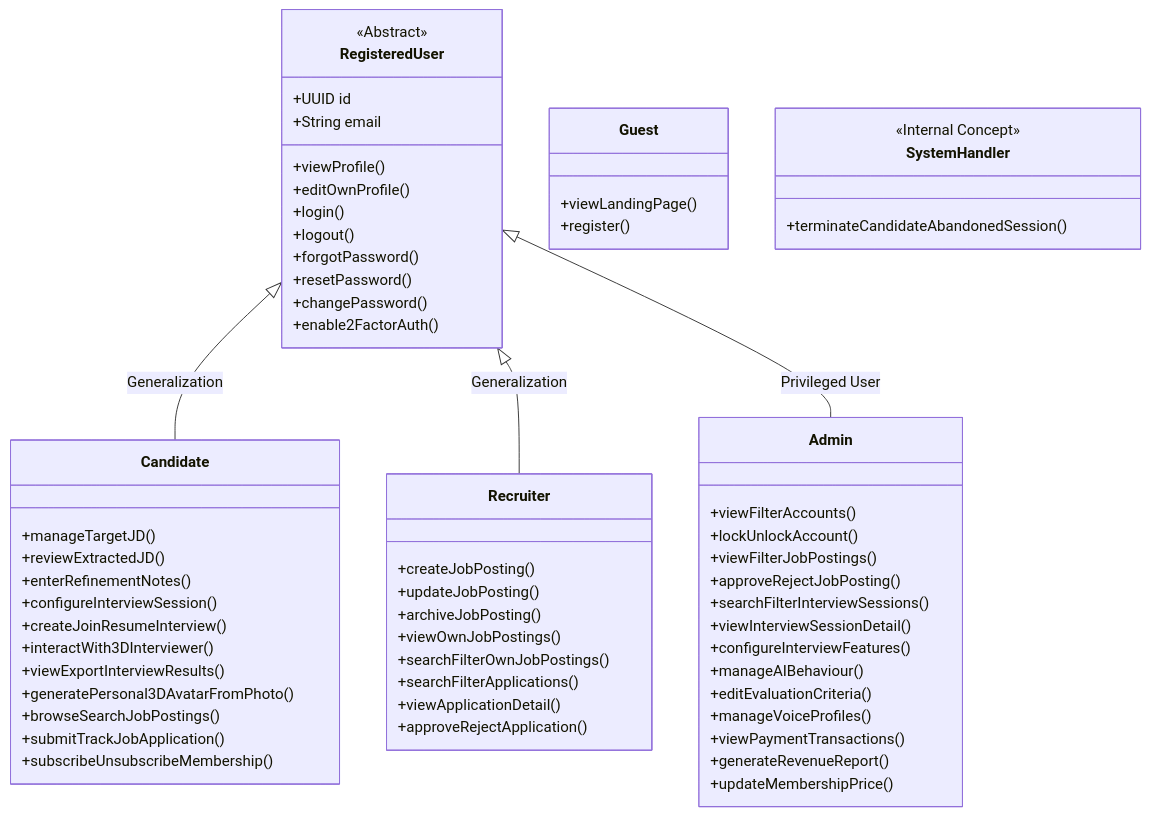
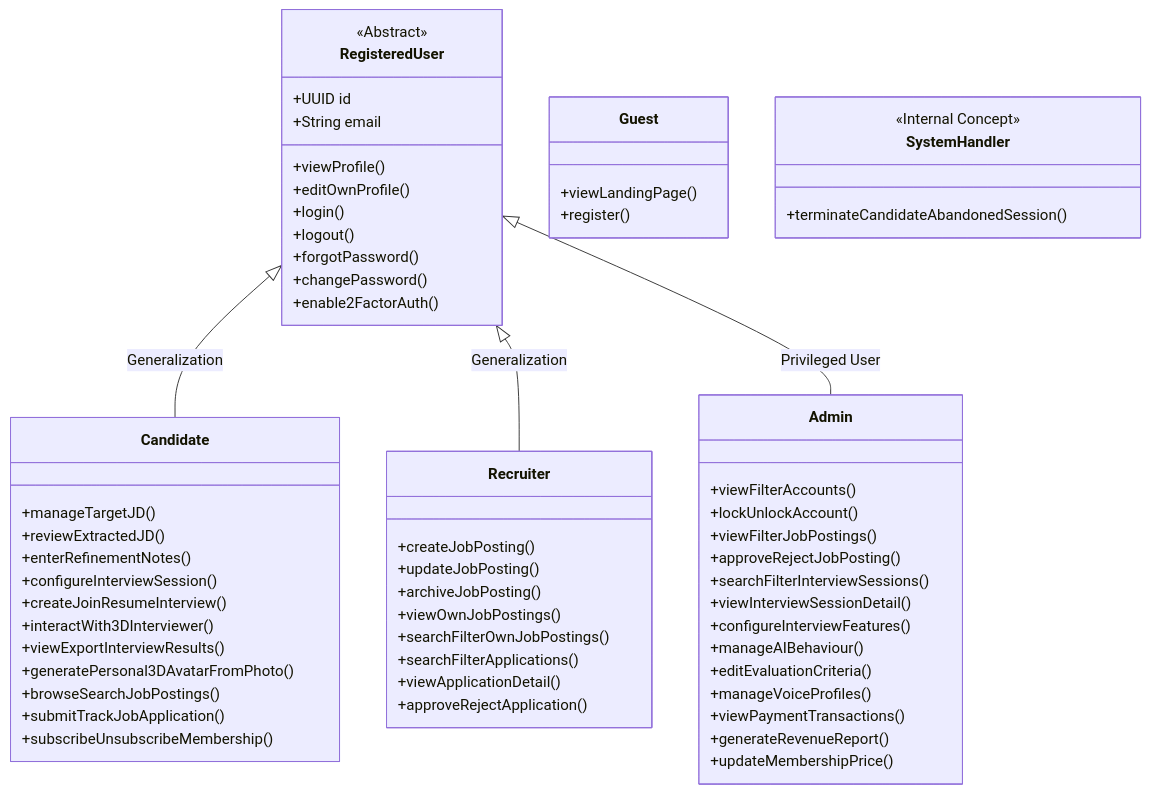
One commit to swp391-group3/ai-interview-practice-brain changed the diagram in 00_Project/Actors-and-Capabilities.md. Above: the diagram before and after it, drawn with Mermaid. The commit also changed other lines of this file and 15 other files, not shown here.

Commit message:
docs(brain): sync reviewed RoleCue domain flows

````diff
--- a/00_Project/Actors-and-Capabilities.md
+++ b/00_Project/Actors-and-Capabilities.md
@@ -21,71 +23,70 @@
 ```mermaid
 classDiagram
     class RegisteredUser {
         <<Abstract>>
         +UUID id
         +String email
         +viewProfile()
         +editOwnProfile()
         +login()
         +logout()
         +forgotPassword()
-        +resetPassword()
         +changePassword()
         +enable2FactorAuth()
     }
 
     class Guest {
         +viewLandingPage()
         +register()
     }
 
     class Candidate {
         +manageTargetJD()
         +reviewExtractedJD()
         +enterRefinementNotes()
         +configureInterviewSession()
         +createJoinResumeInterview()
         +interactWith3DInterviewer()
         +viewExportInterviewResults()
         +generatePersonal3DAvatarFromPhoto()
         +browseSearchJobPostings()
         +submitTrackJobApplication()
         +subscribeUnsubscribeMembership()
     }
 
     class Recruiter {
         +createJobPosting()
         +updateJobPosting()
         +archiveJobPosting()
         +viewOwnJobPostings()
         +searchFilterOwnJobPostings()
         +searchFilterApplications()
         +viewApplicationDetail()
         +approveRejectApplication()
     }
 
     class Admin {
         +viewFilterAccounts()
         +lockUnlockAccount()
         +viewFilterJobPostings()
         +approveRejectJobPosting()
         +searchFilterInterviewSessions()
         +viewInterviewSessionDetail()
         +configureInterviewFeatures()
         +manageAIBehaviour()
         +editEvaluationCriteria()
         +manageVoiceProfiles()
         +viewPaymentTransactions()
         +generateRevenueReport()
         +updateMembershipPrice()
     }
 
     class SystemHandler {
         <<Internal Concept>>
         +terminateCandidateAbandonedSession()
     }
 
     RegisteredUser <|-- Candidate : Generalization
     RegisteredUser <|-- Recruiter : Generalization
     RegisteredUser <|-- Admin : Privileged User
 ```
````
